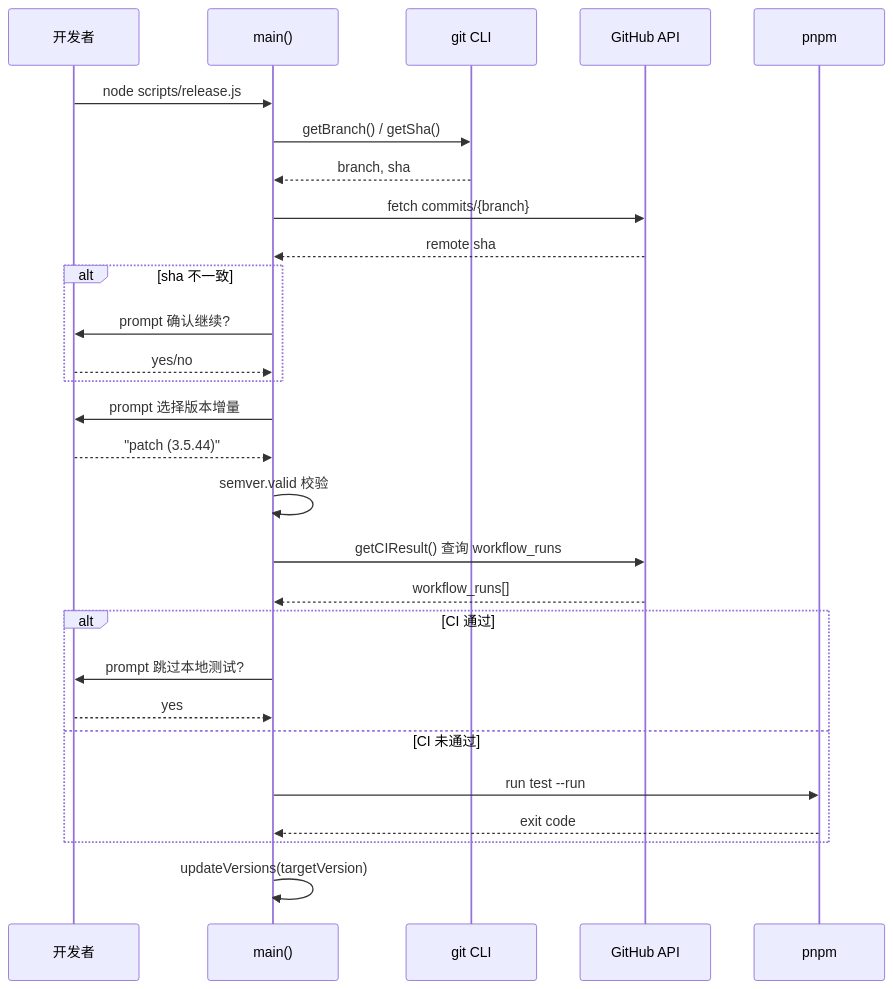
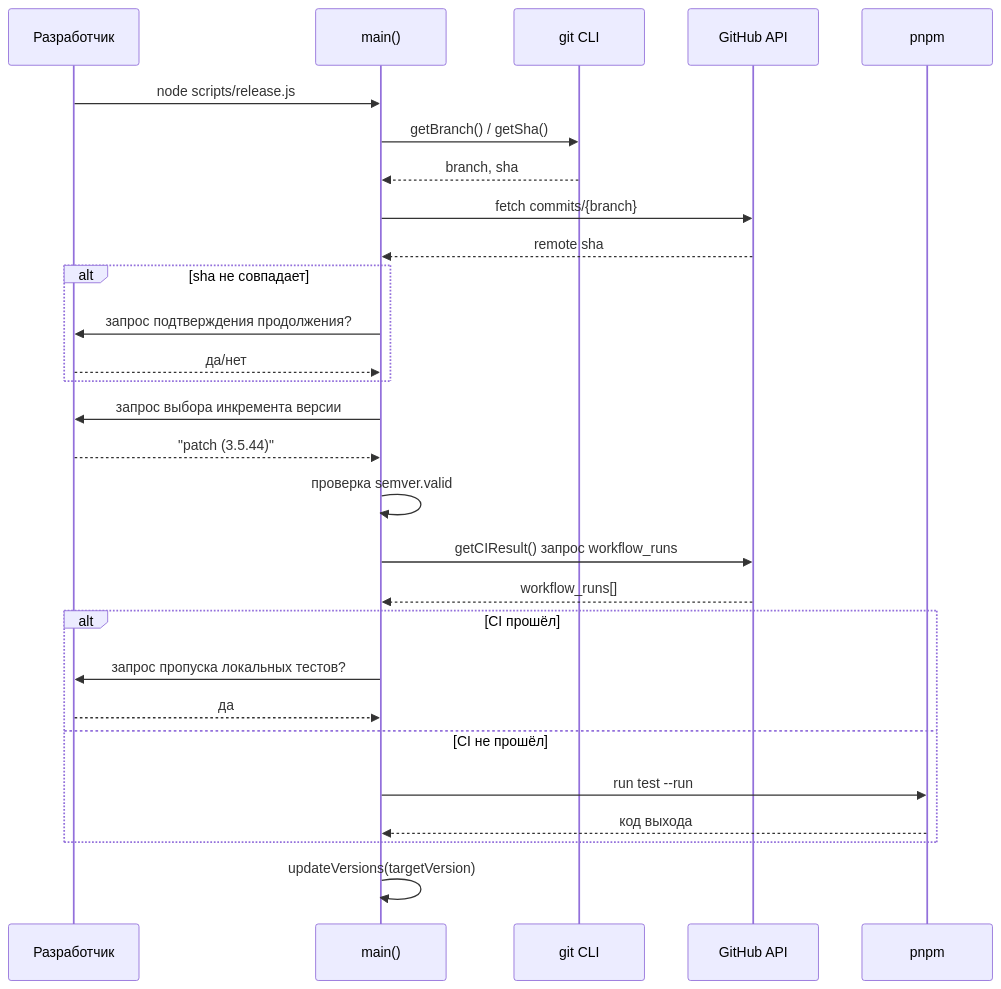
The second of 3 diagrams in books/vue3/ru/09-compiler-core-ast.md (maleRjc/AiReadCodeBooks), drawn with Mermaid before and after one commit. The commit also changed other lines of this file and 74 other files, not shown here.

````diff
--- a/books/vue3/ru/09-compiler-core-ast.md
+++ b/books/vue3/ru/09-compiler-core-ast.md
@@ -163,31 +150,31 @@
 ```mermaid
 sequenceDiagram
-    participant Dev as 开发者
+    participant Dev as Разработчик
     participant Main as main()
     participant Git as git CLI
     participant GH as GitHub API
     participant Pnpm as pnpm
 
     Dev->>Main: node scripts/release.js
     Main->>Git: getBranch() / getSha()
     Git-->>Main: branch, sha
     Main->>GH: fetch commits/{branch}
     GH-->>Main: remote sha
-    alt sha 不一致
-        Main->>Dev: prompt 确认继续?
-        Dev-->>Main: yes/no
+    alt sha не совпадает
+        Main->>Dev: запрос подтверждения продолжения?
+        Dev-->>Main: да/нет
     end
-    Main->>Dev: prompt 选择版本增量
+    Main->>Dev: запрос выбора инкремента версии
     Dev-->>Main: "patch (3.5.44)"
-    Main->>Main: semver.valid 校验
-    Main->>GH: getCIResult() 查询 workflow_runs
+    Main->>Main: проверка semver.valid
+    Main->>GH: getCIResult() запрос workflow_runs
     GH-->>Main: workflow_runs[]
-    alt CI 通过
-        Main->>Dev: prompt 跳过本地测试?
-        Dev-->>Main: yes
-    else CI 未通过
+    alt CI прошёл
+        Main->>Dev: запрос пропуска локальных тестов?
+        Dev-->>Main: да
+    else CI не прошёл
         Main->>Pnpm: run test --run
-        Pnpm-->>Main: exit code
+        Pnpm-->>Main: код выхода
     end
     Main->>Main: updateVersions(targetVersion)
 ```
````
